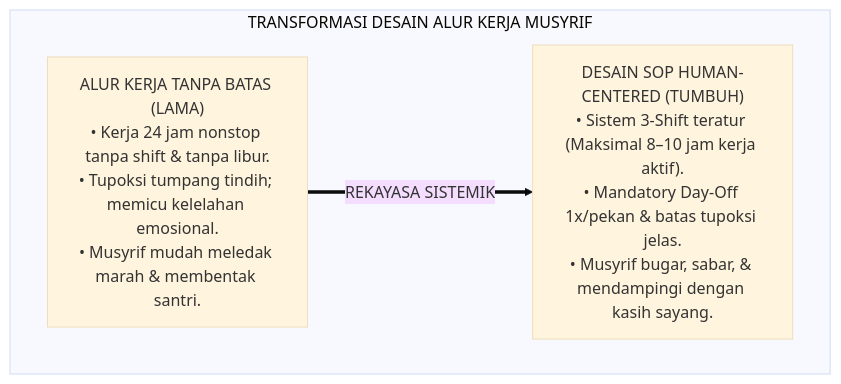
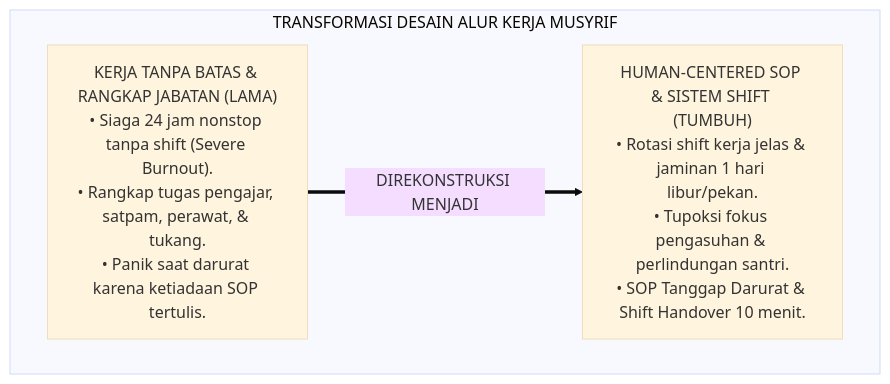
One commit to wandiapriliyandi/tumbuh changed the first of 3 diagrams in 02 Principles/02 Design Principles/P2-02-03-Prinsip-Desain-SOP-dan-Alur-Kerja-Musyrif.md. Above: the diagram before and after it, drawn with Mermaid (base theme). The commit also changed other lines of this file and 7 other files, not shown here.

````diff
--- a/02 Principles/02 Design Principles/P2-02-03-Prinsip-Desain-SOP-dan-Alur-Kerja-Musyrif.md
+++ b/02 Principles/02 Design Principles/P2-02-03-Prinsip-Desain-SOP-dan-Alur-Kerja-Musyrif.md
@@ -64,10 +56,10 @@
 ```mermaid
 flowchart TD
     subgraph TransformasiAlurKerjaMusyrif["TRANSFORMASI DESAIN ALUR KERJA MUSYRIF"]
-        KerjaKasar["ALUR KERJA TANPA BATAS (LAMA)<br/>• Kerja 24 jam nonstop tanpa shift & tanpa libur.<br/>• Tupoksi tumpang tindih; memicu kelelahan emosional.<br/>• Musyrif mudah meledak marah & membentak santri."]
+        PolaKerjaKacau["KERJA TANPA BATAS & RANGKAP JABATAN (LAMA)<br/>• Siaga 24 jam nonstop tanpa shift (Severe Burnout).<br/>• Rangkap tugas pengajar, satpam, perawat, & tukang.<br/>• Panik saat darurat karena ketiadaan SOP tertulis."]
         
-        SOPTUMBUH["DESAIN SOP HUMAN-CENTERED (TUMBUH)<br/>• Sistem 3-Shift teratur (Maksimal 8–10 jam kerja aktif).<br/>• Mandatory Day-Off 1x/pekan & batas tupoksi jelas.<br/>• Musyrif bugar, sabar, & mendampingi dengan kasih sayang."]
+        PolaSOPTUMBUH["HUMAN-CENTERED SOP & SISTEM SHIFT (TUMBUH)<br/>• Rotasi shift kerja jelas & jaminan 1 hari libur/pekan.<br/>• Tupoksi fokus pengasuhan & perlindungan santri.<br/>• SOP Tanggap Darurat & Shift Handover 10 menit."]
         
-        KerjaKasar ==>|REKAYASA SISTEMIK| SOPTUMBUH
+        PolaKerjaKacau ==>|DIREKONSTRUKSI MENJADI| PolaSOPTUMBUH
     end
 ```
````
